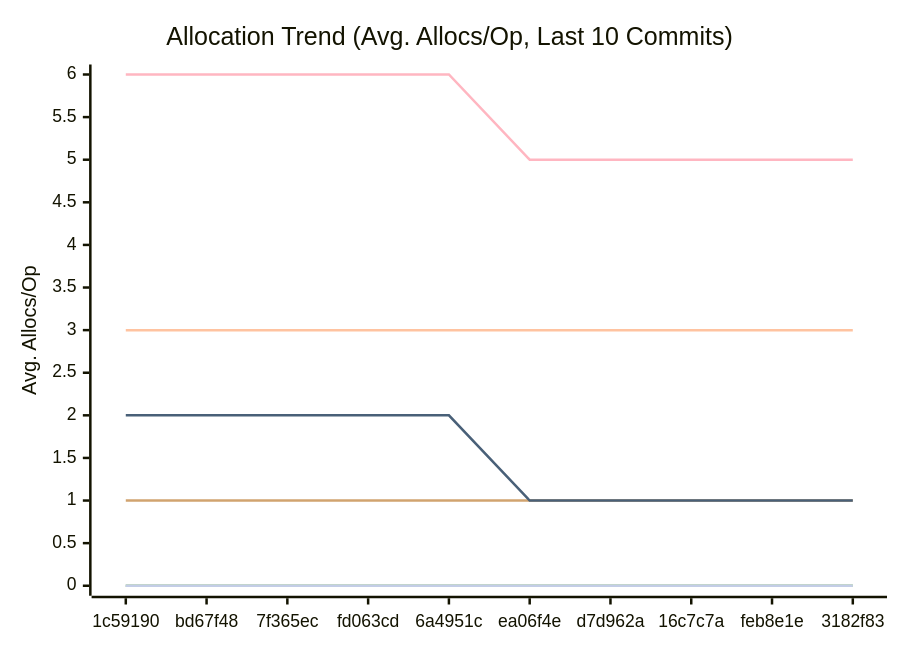
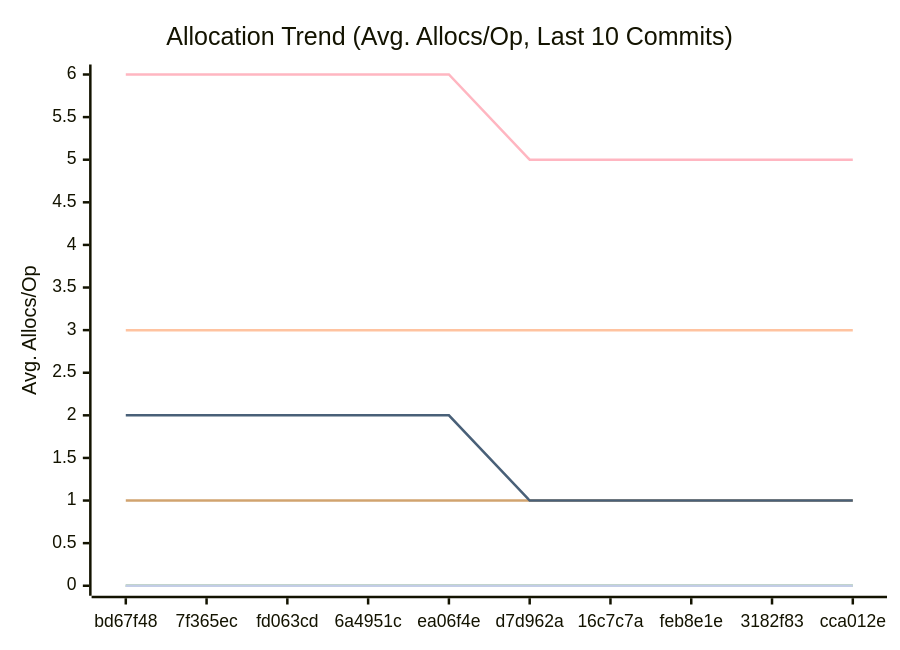
The third of 3 diagrams in docs/PERFORMANCE.md (alsotoes/momo), drawn with Mermaid before and after one commit. The commit also changed other lines of this file and 3 other files, not shown here.

````diff
--- a/docs/PERFORMANCE.md
+++ b/docs/PERFORMANCE.md
@@ -114,16 +114,16 @@
 ```mermaid
 xychart-beta
     title "Allocation Trend (Avg. Allocs/Op, Last 10 Commits)"
     x-axis "Commit"
     y-axis "Avg. Allocs/Op"
-    x-axis [1c59190,bd67f48,7f365ec,fd063cd,6a4951c,ea06f4e,d7d962a,16c7c7a,feb8e1e,3182f83]
+    x-axis [bd67f48,7f365ec,fd063cd,6a4951c,ea06f4e,d7d962a,16c7c7a,feb8e1e,3182f83,cca012e]
     line "CheckMetricsAndSwap" [0,0,0,0,0,0,0,0,0,0]
     line "CrushOptimized" [0,0,0,0,0,0,0,0,0,0]
     line "CrushOriginal" [3,3,3,3,3,3,3,3,3,3]
     line "IndexDirectTracking" [0,0,0,0,0,0,0,0,0,0]
     line "IndexSearch" [0,0,0,0,0,0,0,0,0,0]
     line "LoadGlobalConfig" [1,1,1,1,1,1,1,1,1,1]
     line "PadString" [0,0,0,0,0,0,0,0,0,0]
     line "ParseReplicationOrder_NoPrealloc" [6,6,6,6,6,5,5,5,5,5]
     line "ParseReplicationOrder_Prealloc" [2,2,2,2,2,1,1,1,1,1]
 ```
````
